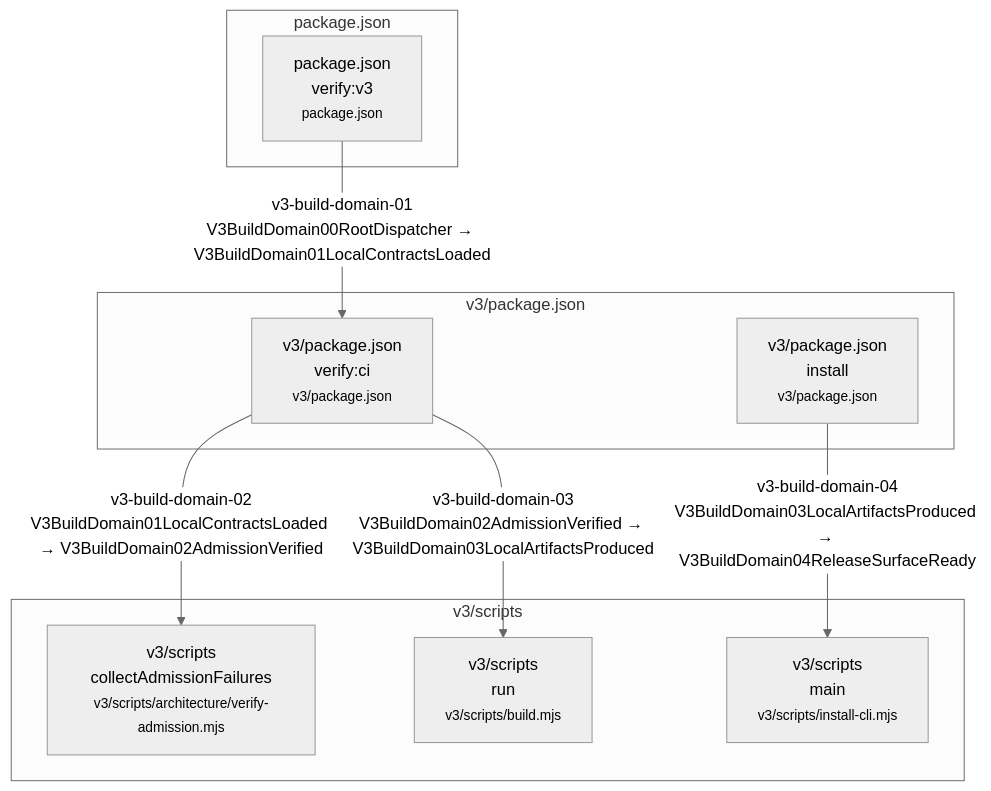
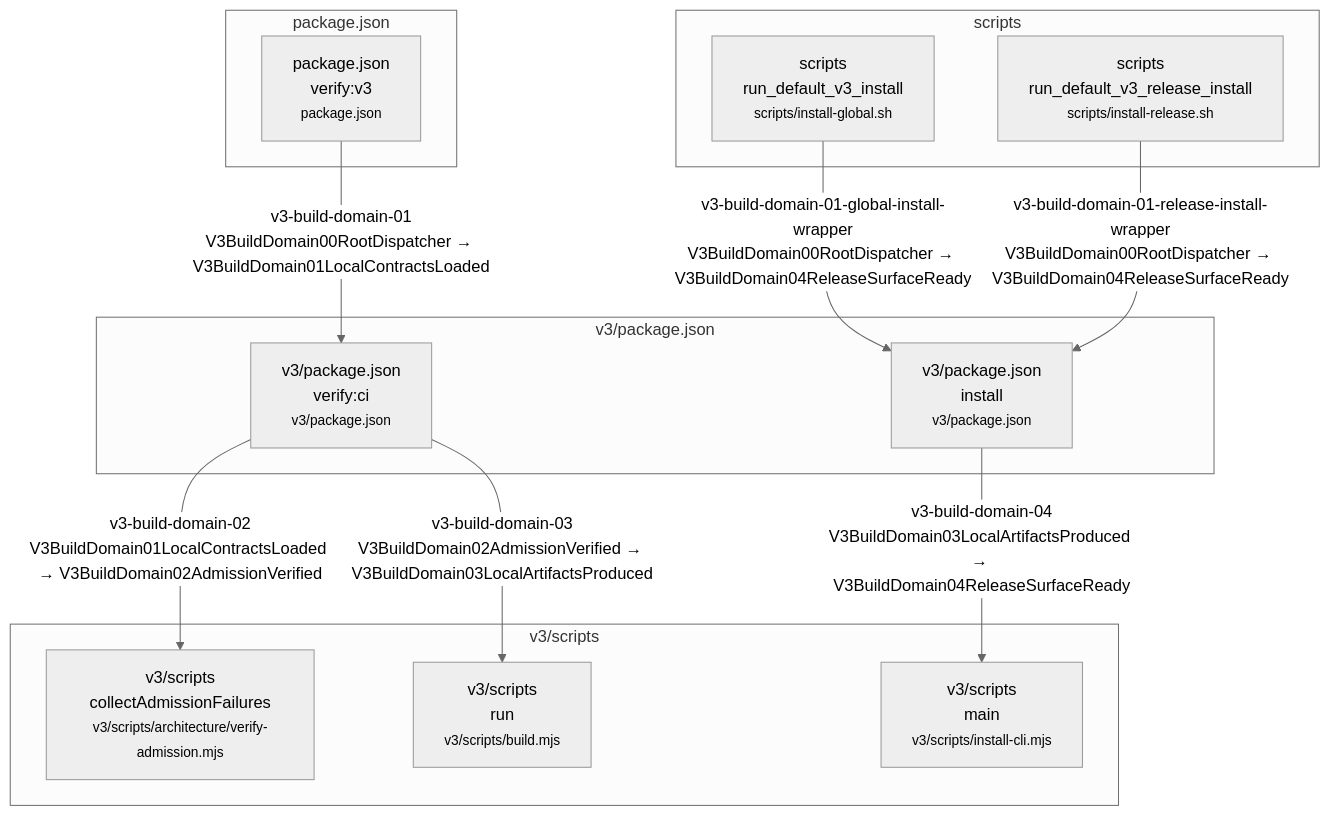
Diagram 60 of 60 in docs/architecture/wiki/v3-mainline-caller-flow.md (Jasonzhangf/routecodex), drawn with Mermaid (neutral theme) before and after one commit. The commit also changed other lines of this file and 19 other files, not shown here.

Commit message:
fix(v3-build): bind root install wrappers into admission gate

````diff
--- a/docs/architecture/wiki/v3-mainline-caller-flow.md
+++ b/docs/architecture/wiki/v3-mainline-caller-flow.md
@@ -2433,19 +2435,25 @@
 ```mermaid
 flowchart TD
   subgraph c_58_v3_build_independent_domain_m_package_json["package.json"]
     c_58_v3_build_independent_domain_0["package.json<br/>verify:v3<br/><small>package.json</small>"]
   end
+  subgraph c_58_v3_build_independent_domain_m_scripts["scripts"]
+    c_58_v3_build_independent_domain_2["scripts<br/>run_default_v3_install<br/><small>scripts/install-global.sh</small>"]
+    c_58_v3_build_independent_domain_4["scripts<br/>run_default_v3_release_install<br/><small>scripts/install-release.sh</small>"]
+  end
   subgraph c_58_v3_build_independent_domain_m_v3_package_json["v3/package.json"]
     c_58_v3_build_independent_domain_1["v3/package.json<br/>verify:ci<br/><small>v3/package.json</small>"]
-    c_58_v3_build_independent_domain_4["v3/package.json<br/>install<br/><small>v3/package.json</small>"]
+    c_58_v3_build_independent_domain_3["v3/package.json<br/>install<br/><small>v3/package.json</small>"]
   end
   subgraph c_58_v3_build_independent_domain_m_v3_scripts["v3/scripts"]
-    c_58_v3_build_independent_domain_2["v3/scripts<br/>collectAdmissionFailures<br/><small>v3/scripts/architecture/verify-admission.mjs</small>"]
-    c_58_v3_build_independent_domain_3["v3/scripts<br/>run<br/><small>v3/scripts/build.mjs</small>"]
-    c_58_v3_build_independent_domain_5["v3/scripts<br/>main<br/><small>v3/scripts/install-cli.mjs</small>"]
+    c_58_v3_build_independent_domain_5["v3/scripts<br/>collectAdmissionFailures<br/><small>v3/scripts/architecture/verify-admission.mjs</small>"]
+    c_58_v3_build_independent_domain_6["v3/scripts<br/>run<br/><small>v3/scripts/build.mjs</small>"]
+    c_58_v3_build_independent_domain_7["v3/scripts<br/>main<br/><small>v3/scripts/install-cli.mjs</small>"]
   end
   c_58_v3_build_independent_domain_0 -->|v3-build-domain-01<br/>V3BuildDomain00RootDispatcher → V3BuildDomain01LocalContractsLoaded| c_58_v3_build_independent_domain_1
-  c_58_v3_build_independent_domain_1 -->|v3-build-domain-02<br/>V3BuildDomain01LocalContractsLoaded → V3BuildDomain02AdmissionVerified| c_58_v3_build_independent_domain_2
-  c_58_v3_build_independent_domain_1 -->|v3-build-domain-03<br/>V3BuildDomain02AdmissionVerified → V3BuildDomain03LocalArtifactsProduced| c_58_v3_build_independent_domain_3
-  c_58_v3_build_independent_domain_4 -->|v3-build-domain-04<br/>V3BuildDomain03LocalArtifactsProduced → V3BuildDomain04ReleaseSurfaceReady| c_58_v3_build_independent_domain_5
+  c_58_v3_build_independent_domain_2 -->|v3-build-domain-01-global-install-wrapper<br/>V3BuildDomain00RootDispatcher → V3BuildDomain04ReleaseSurfaceReady| c_58_v3_build_independent_domain_3
+  c_58_v3_build_independent_domain_4 -->|v3-build-domain-01-release-install-wrapper<br/>V3BuildDomain00RootDispatcher → V3BuildDomain04ReleaseSurfaceReady| c_58_v3_build_independent_domain_3
+  c_58_v3_build_independent_domain_1 -->|v3-build-domain-02<br/>V3BuildDomain01LocalContractsLoaded → V3BuildDomain02AdmissionVerified| c_58_v3_build_independent_domain_5
+  c_58_v3_build_independent_domain_1 -->|v3-build-domain-03<br/>V3BuildDomain02AdmissionVerified → V3BuildDomain03LocalArtifactsProduced| c_58_v3_build_independent_domain_6
+  c_58_v3_build_independent_domain_3 -->|v3-build-domain-04<br/>V3BuildDomain03LocalArtifactsProduced → V3BuildDomain04ReleaseSurfaceReady| c_58_v3_build_independent_domain_7
 ```
````
